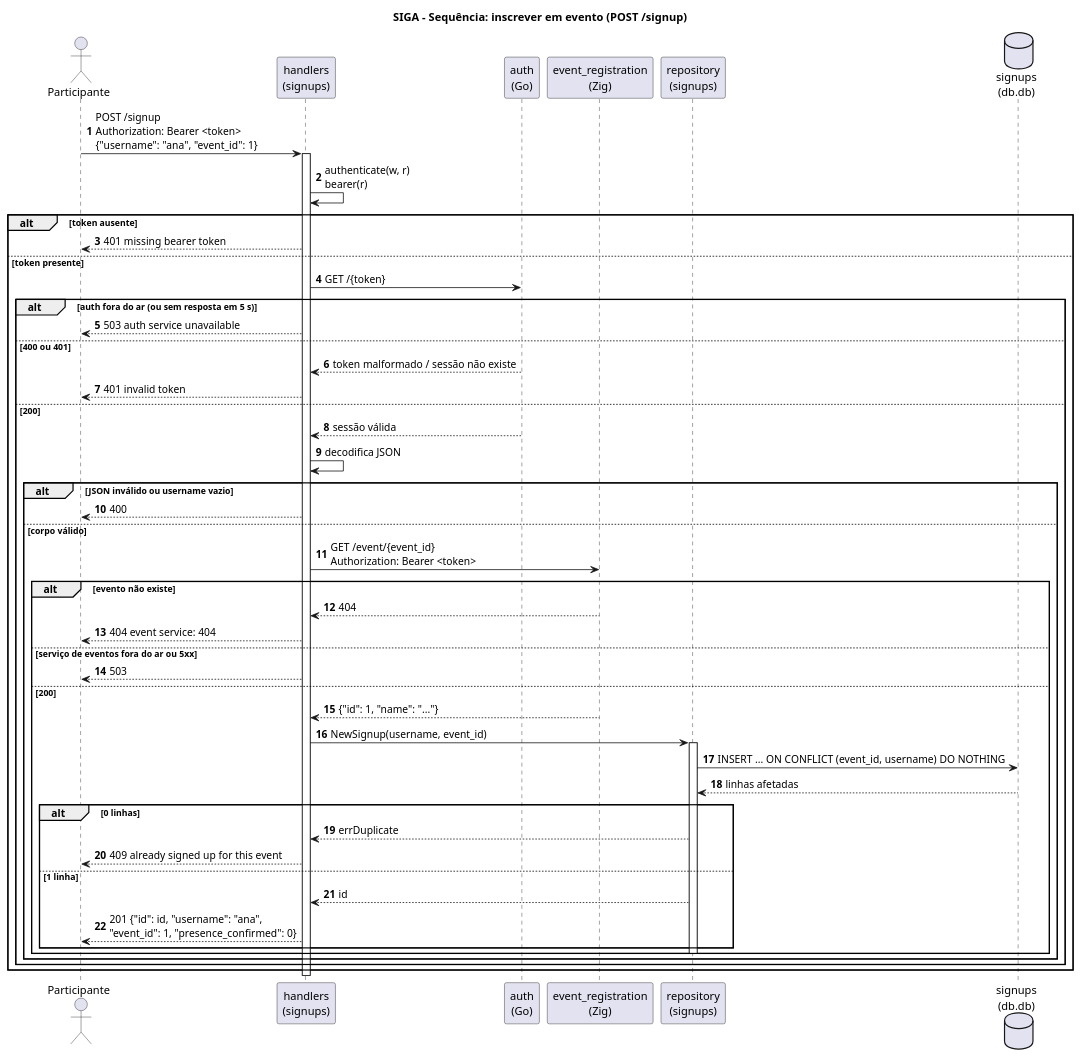
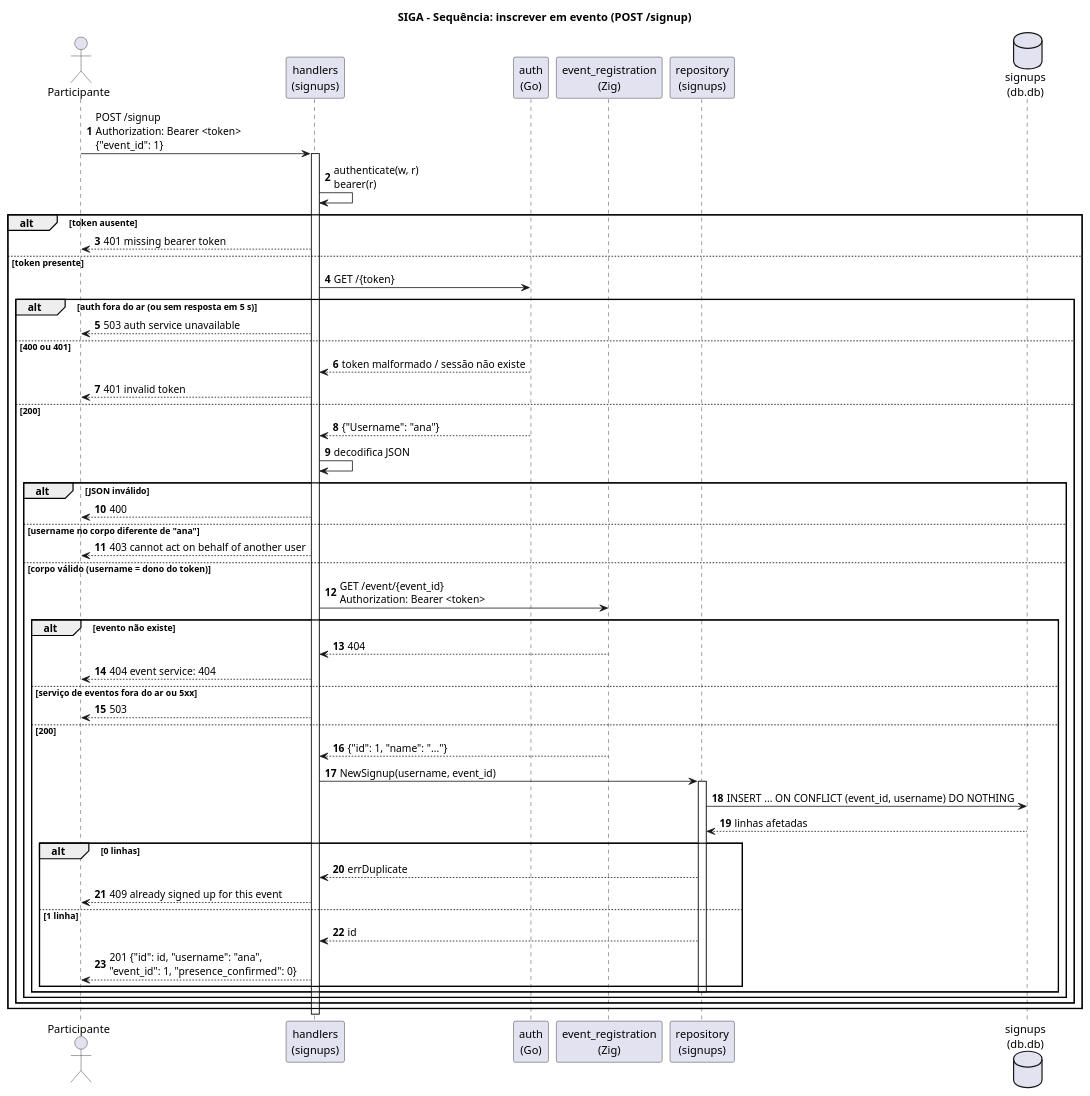
Before and after one commit to gboncoffee/siga: the diagram in docs/diagramas/sequencia-inscricao.puml, drawn with PlantUML. The commit also changed 22 other files, not shown here.

First line of the commit message:
Make auth tell whose token it is and restrict signups to their owner.

```diff
--- a/docs/diagramas/sequencia-inscricao.puml
+++ b/docs/diagramas/sequencia-inscricao.puml
@@ -1,57 +1,59 @@
 @startuml sequencia-inscricao
 title SIGA - Sequência: inscrever em evento (POST /signup)
 
 autonumber
 actor Participante as P
 participant "handlers\n(signups)" as H
 participant "auth\n(Go)" as AuthSvc
 participant "event_registration\n(Zig)" as Ev
 participant "repository\n(signups)" as Repo
 database "signups\n(db.db)" as SDb
 
-P -> H : POST /signup\nAuthorization: Bearer <token>\n{"username": "ana", "event_id": 1}
+P -> H : POST /signup\nAuthorization: Bearer <token>\n{"event_id": 1}
 activate H
 
 H -> H : authenticate(w, r)\nbearer(r)
 alt token ausente
   H --> P : 401 missing bearer token
 else token presente
   H -> AuthSvc : GET /{token}
   alt auth fora do ar (ou sem resposta em 5 s)
     H --> P : 503 auth service unavailable
   else 400 ou 401
     AuthSvc --> H : token malformado / sessão não existe
     H --> P : 401 invalid token
   else 200
-    AuthSvc --> H : sessão válida
+    AuthSvc --> H : {"Username": "ana"}
     H -> H : decodifica JSON
-    alt JSON inválido ou username vazio
+    alt JSON inválido
       H --> P : 400
-    else corpo válido
+    else username no corpo diferente de "ana"
+      H --> P : 403 cannot act on behalf of another user
+    else corpo válido (username = dono do token)
       H -> Ev : GET /event/{event_id}\nAuthorization: Bearer <token>
       alt evento não existe
         Ev --> H : 404
         H --> P : 404 event service: 404
       else serviço de eventos fora do ar ou 5xx
         H --> P : 503
       else 200
         Ev --> H : {"id": 1, "name": "..."}
         H -> Repo : NewSignup(username, event_id)
         activate Repo
         Repo -> SDb : INSERT ... ON CONFLICT (event_id, username) DO NOTHING
         SDb --> Repo : linhas afetadas
         alt 0 linhas
           Repo --> H : errDuplicate
           H --> P : 409 already signed up for this event
         else 1 linha
           Repo --> H : id
           H --> P : 201 {"id": id, "username": "ana",\n"event_id": 1, "presence_confirmed": 0}
         end
         deactivate Repo
       end
     end
   end
 end
 deactivate H
 
 @enduml
```
